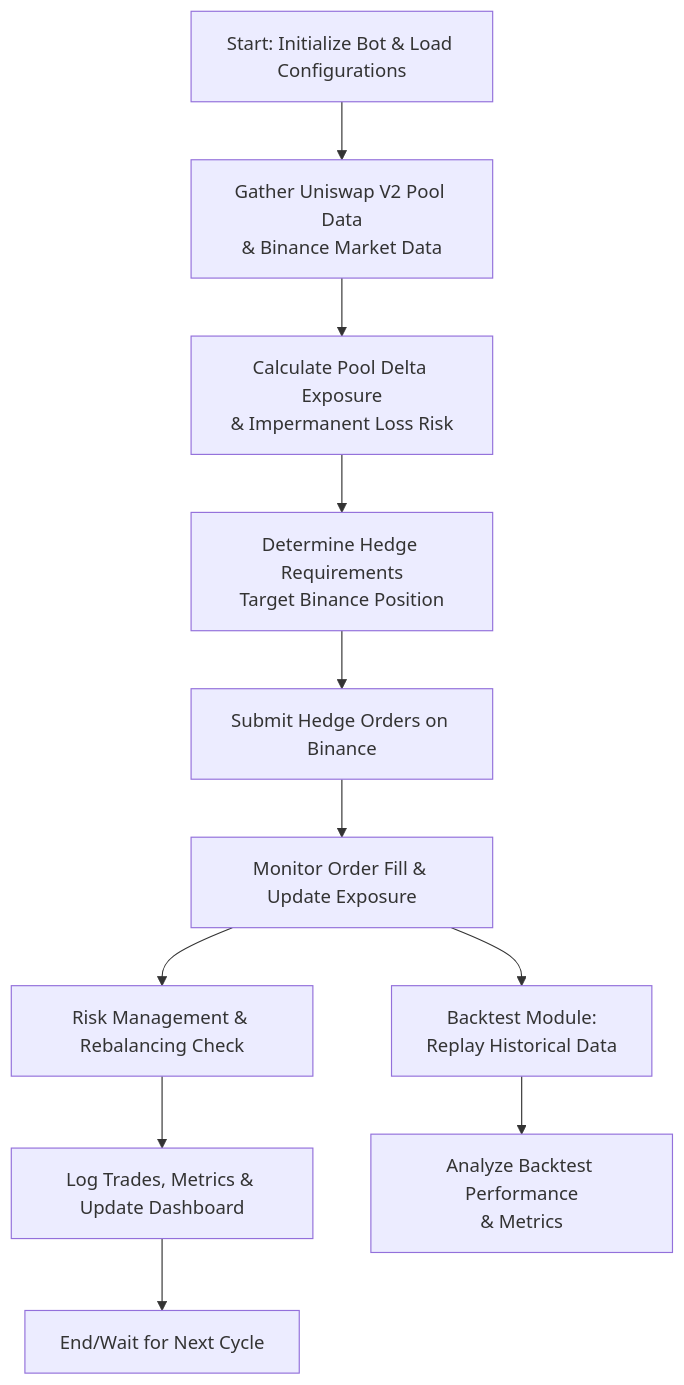
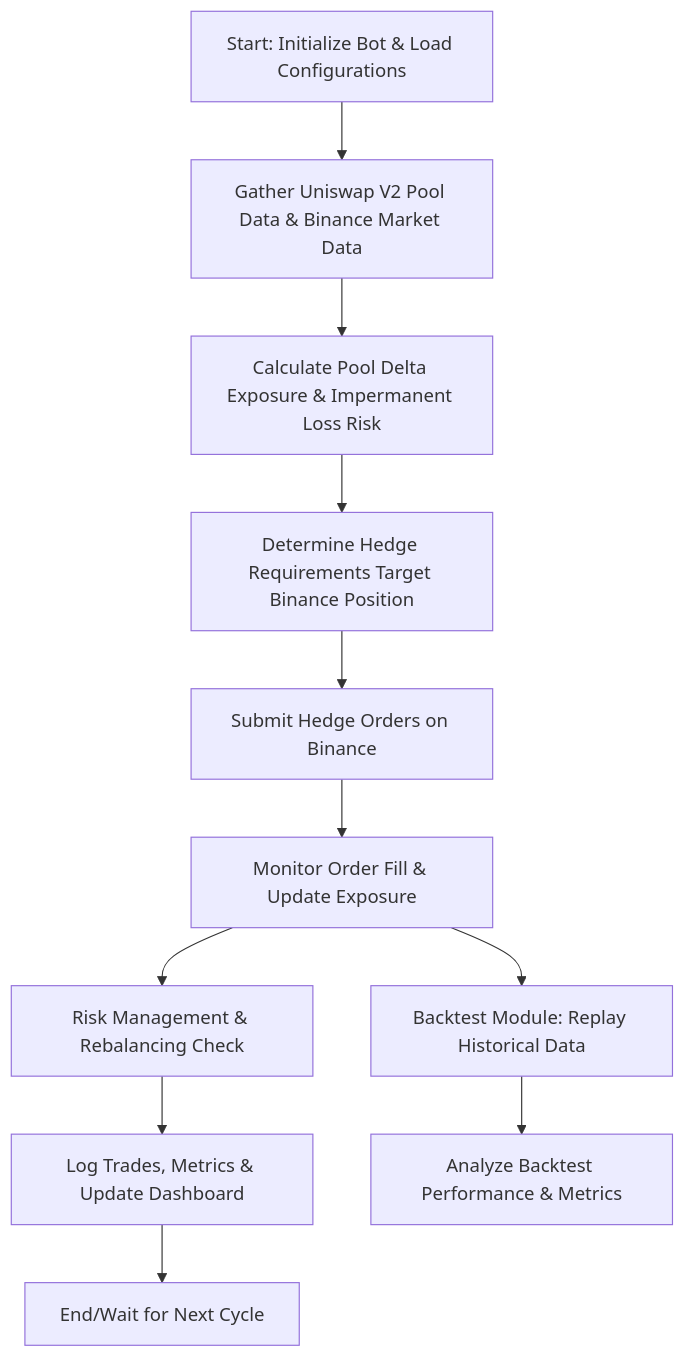
One commit to akerbabber/LPxFutures-backtest changed the diagram in flowchart.md. Above: the diagram before and after it, drawn with Mermaid.

Commit message:
Fix formatting in flowchart for bot initialization and trading process

````diff
--- a/flowchart.md
+++ b/flowchart.md
@@ -1,25 +1,25 @@
 ```mermaid
 flowchart TD
     A[Start: Initialize Bot & Load Configurations]
-    B[Gather Uniswap V2 Pool Data\n& Binance Market Data]
-    C[Calculate Pool Delta Exposure\n& Impermanent Loss Risk]
-    D[Determine Hedge Requirements\nTarget Binance Position]
+    B[Gather Uniswap V2 Pool Data & Binance Market Data]
+    C[Calculate Pool Delta Exposure & Impermanent Loss Risk]
+    D[Determine Hedge Requirements Target Binance Position]
     E[Submit Hedge Orders on Binance]
     F[Monitor Order Fill & Update Exposure]
     G[Risk Management & Rebalancing Check]
     H[Log Trades, Metrics & Update Dashboard]
-    I[Backtest Module:\nReplay Historical Data]
-    J[Analyze Backtest Performance\n& Metrics]
+    I[Backtest Module: Replay Historical Data]
+    J[Analyze Backtest Performance & Metrics]
     K[End/Wait for Next Cycle]
     
     A --> B
     B --> C
     C --> D
     D --> E
     E --> F
     F --> G
     G --> H
     H --> K
     F --> I
     I --> J
 ```
````
